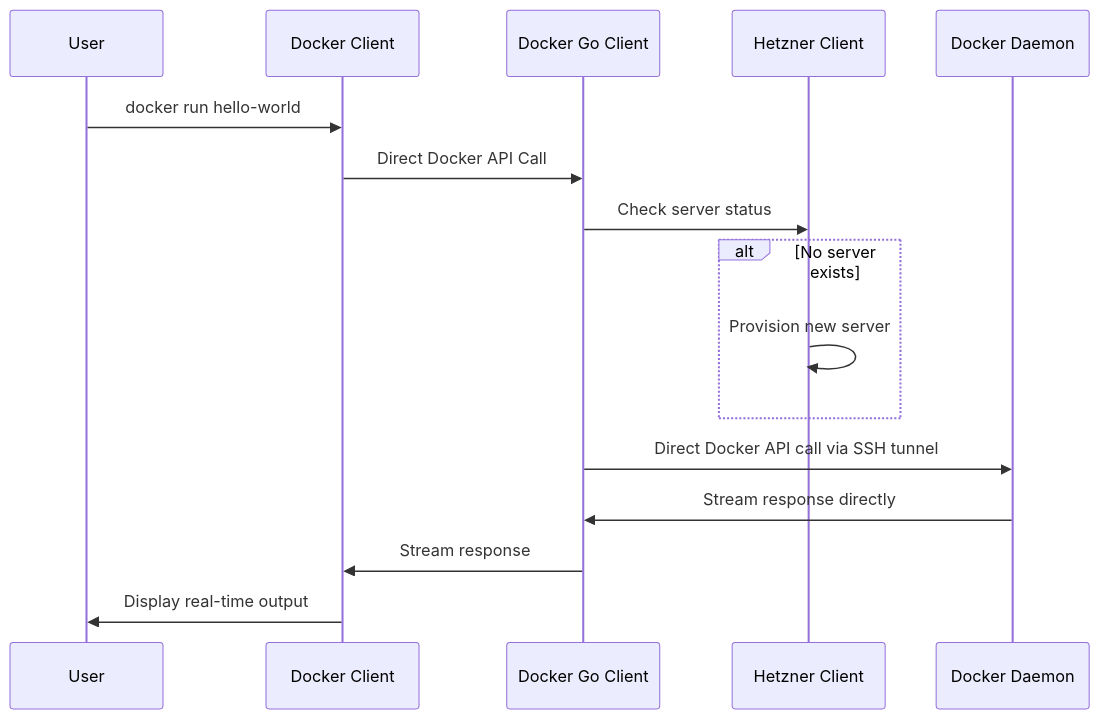
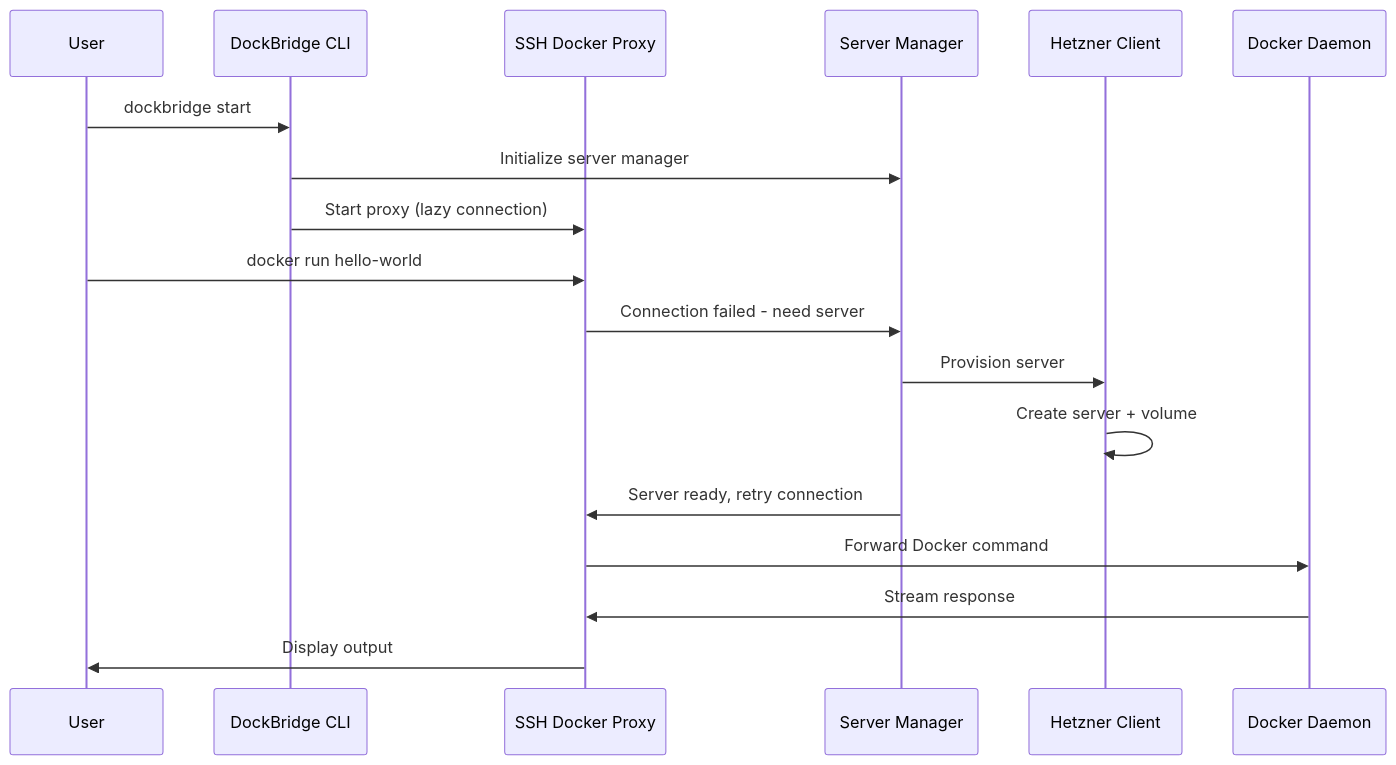
One commit to Max-Levitskiy/DockBridge changed the second of 2 diagrams in .kiro/specs/dockbridge/design.md. Above: the diagram before and after it, drawn with Mermaid. The commit also changed other lines of this file and 22 other files, not shown here.

First line of the commit message:
fix: resolve race condition in Docker client manager and improve architecture

````diff
--- a/.kiro/specs/dockbridge/design.md
+++ b/.kiro/specs/dockbridge/design.md
@@ -41,19 +41,22 @@
 ```mermaid
 sequenceDiagram
     participant U as User
-    participant DC as Docker Client
-    participant DGC as Docker Go Client
+    participant CLI as DockBridge CLI
+    participant SDP as SSH Docker Proxy
+    participant SM as Server Manager
     participant HC as Hetzner Client
     participant DD as Docker Daemon
     
-    U->>DC: docker run hello-world
-    DC->>DGC: Direct Docker API Call
-    DGC->>HC: Check server status
-    alt No server exists
-        HC->>HC: Provision new server
-    end
-    DGC->>DD: Direct Docker API call via SSH tunnel
-    DD->>DGC: Stream response directly
-    DGC->>DC: Stream response
-    DC->>U: Display real-time output
+    U->>CLI: dockbridge start
+    CLI->>SM: Initialize server manager
+    CLI->>SDP: Start proxy (lazy connection)
+    
+    U->>SDP: docker run hello-world
+    SDP->>SM: Connection failed - need server
+    SM->>HC: Provision server
+    HC->>HC: Create server + volume
+    SM->>SDP: Server ready, retry connection
+    SDP->>DD: Forward Docker command
+    DD->>SDP: Stream response
+    SDP->>U: Display output
 ```
````
